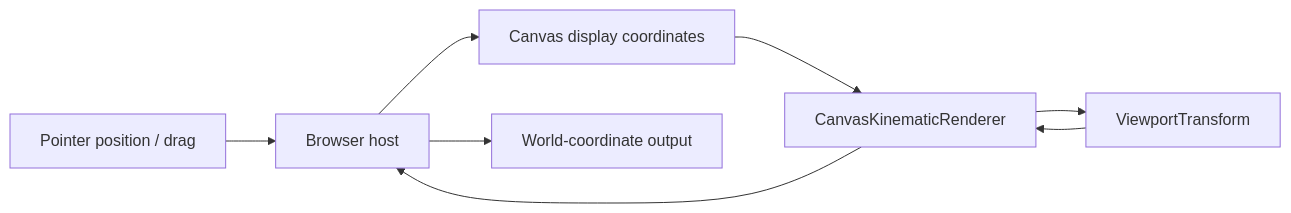
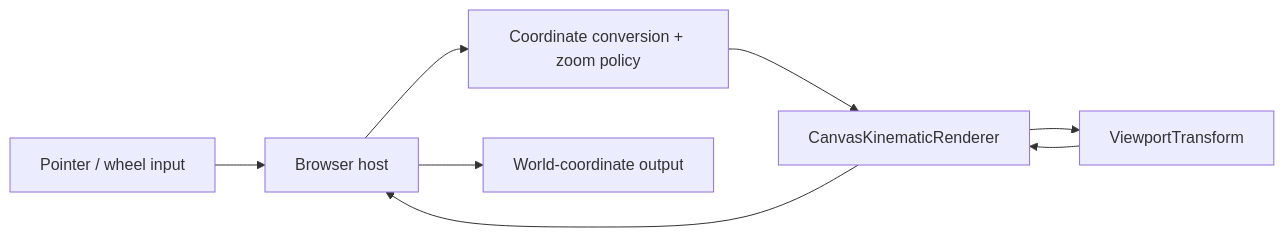
One commit to fa-ribeiro/vLab2D changed the second of 3 diagrams in docs/project/status.md. Above: the diagram before and after it, drawn with Mermaid. The commit also changed other lines of this file and 11 other files, not shown here.

Commit message:
feat(visualization): add pointer-anchored zoom

````diff
--- a/docs/project/status.md
+++ b/docs/project/status.md
@@ -111,12 +122,12 @@
 ```mermaid
 flowchart LR
-    POINTER["Pointer position / drag"]
+    INPUT["Pointer / wheel input"]
     HOST["Browser host"]
-    DISPLAY["Canvas display coordinates"]
+    POLICY["Coordinate conversion + zoom policy"]
     RENDERER["CanvasKinematicRenderer"]
     TRANSFORM["ViewportTransform"]
     OUTPUT["World-coordinate output"]
 
-    POINTER --> HOST --> DISPLAY --> RENDERER --> TRANSFORM
+    INPUT --> HOST --> POLICY --> RENDERER --> TRANSFORM
     TRANSFORM --> RENDERER --> HOST --> OUTPUT
 ```
````
